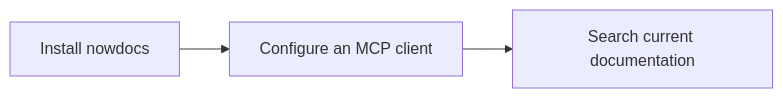
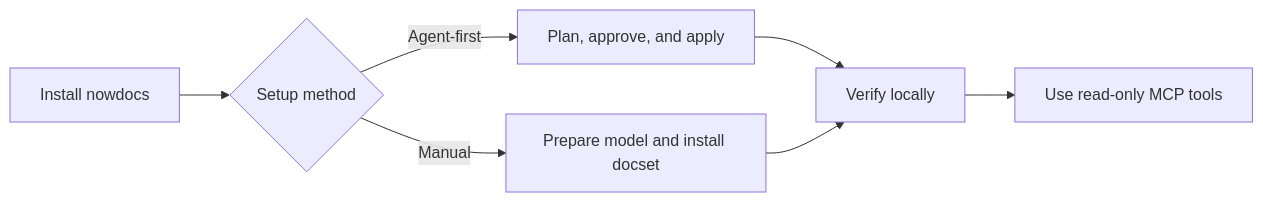
Before and after one commit to nowdocs/nowdocs: the diagram in docs/GETTING_STARTED.md, drawn with Mermaid. The commit also changed other lines of this file and 6 other files, not shown here.

First line of the commit message:
docs: add v0.2 agent setup and recovery guide (#97)

````diff
--- a/docs/GETTING_STARTED.md
+++ b/docs/GETTING_STARTED.md
@@ -5,4 +5,9 @@
 ```mermaid
 flowchart LR
-    A[Install nowdocs] --> B[Configure an MCP client] --> C[Search current documentation]
+    A[Install nowdocs] --> B{Setup method}
+    B -->|Agent-first| C[Plan, approve, and apply]
+    B -->|Manual| D[Prepare model and install docset]
+    C --> E[Verify locally]
+    D --> E
+    E --> F[Use read-only MCP tools]
 ```
````
